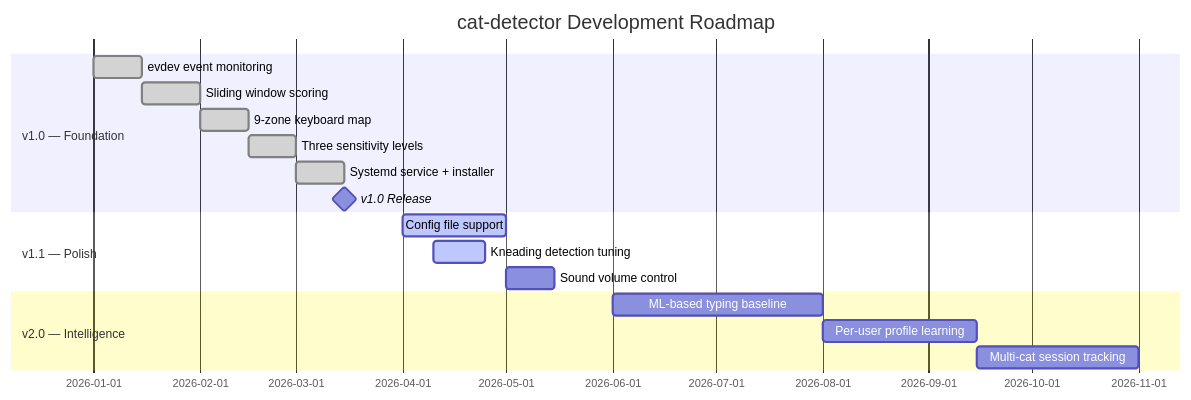
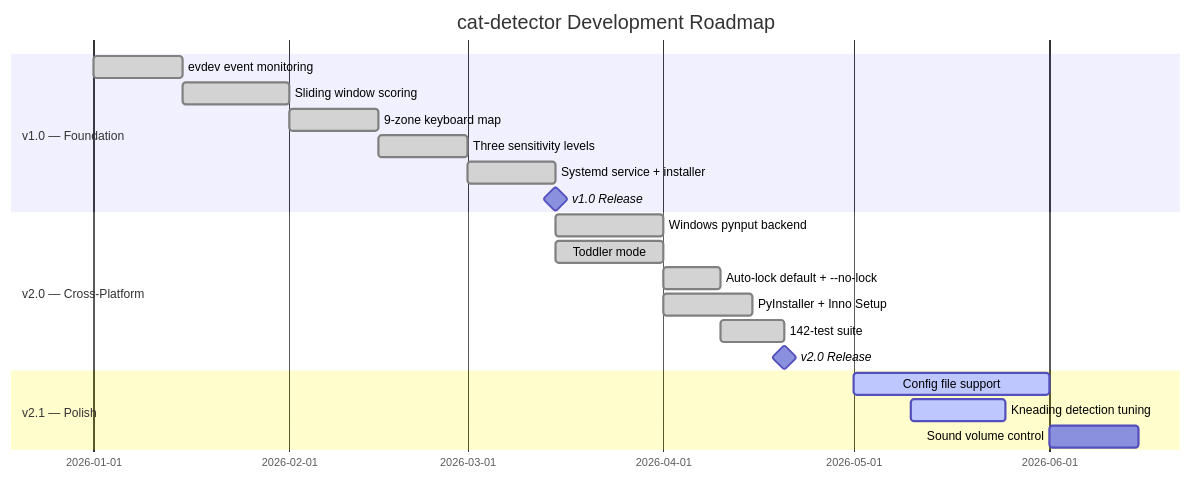
Before and after one commit to hkevin01/cat-detector: the fourth of 4 diagrams in README.md, drawn with Mermaid. The commit also changed other lines of this file, not shown here.

Commit message:
fix: update README to reflect cross-platform support and enhance clarity

````diff
--- a/README.md
+++ b/README.md
@@ -446,20 +564,23 @@
 ```mermaid
 gantt
     title cat-detector Development Roadmap
     dateFormat  YYYY-MM-DD
     section v1.0 — Foundation
         evdev event monitoring       :done,    e1, 2026-01-01, 2026-01-15
         Sliding window scoring       :done,    e2, 2026-01-15, 2026-02-01
         9-zone keyboard map          :done,    e3, 2026-02-01, 2026-02-15
         Three sensitivity levels     :done,    e4, 2026-02-15, 2026-03-01
         Systemd service + installer  :done,    e5, 2026-03-01, 2026-03-15
         v1.0 Release                 :milestone, 2026-03-15, 0d
-    section v1.1 — Polish
-        Config file support          :active,  k1, 2026-04-01, 2026-05-01
-        Kneading detection tuning    :active,  k2, 2026-04-10, 2026-04-25
-        Sound volume control         :         k3, 2026-05-01, 2026-05-15
-    section v2.0 — Intelligence
-        ML-based typing baseline     :         m1, 2026-06-01, 2026-08-01
-        Per-user profile learning    :         m2, 2026-08-01, 2026-09-15
-        Multi-cat session tracking   :         m3, 2026-09-15, 2026-11-01
+    section v2.0 — Cross-Platform
+        Windows pynput backend       :done,    w1, 2026-03-15, 2026-04-01
+        Toddler mode                 :done,    w2, 2026-03-15, 2026-04-01
+        Auto-lock default + --no-lock:done,    w3, 2026-04-01, 2026-04-10
+        PyInstaller + Inno Setup     :done,    w4, 2026-04-01, 2026-04-15
+        142-test suite               :done,    w5, 2026-04-10, 2026-04-20
+        v2.0 Release                 :milestone, 2026-04-20, 0d
+    section v2.1 — Polish
+        Config file support          :active,  k1, 2026-05-01, 2026-06-01
+        Kneading detection tuning    :active,  k2, 2026-05-10, 2026-05-25
+        Sound volume control         :         k3, 2026-06-01, 2026-06-15
 ```
````
